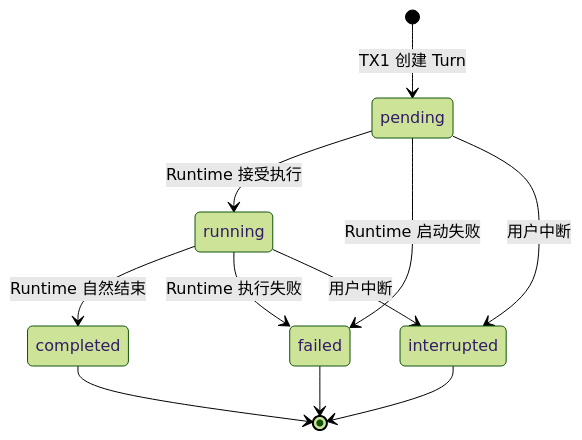
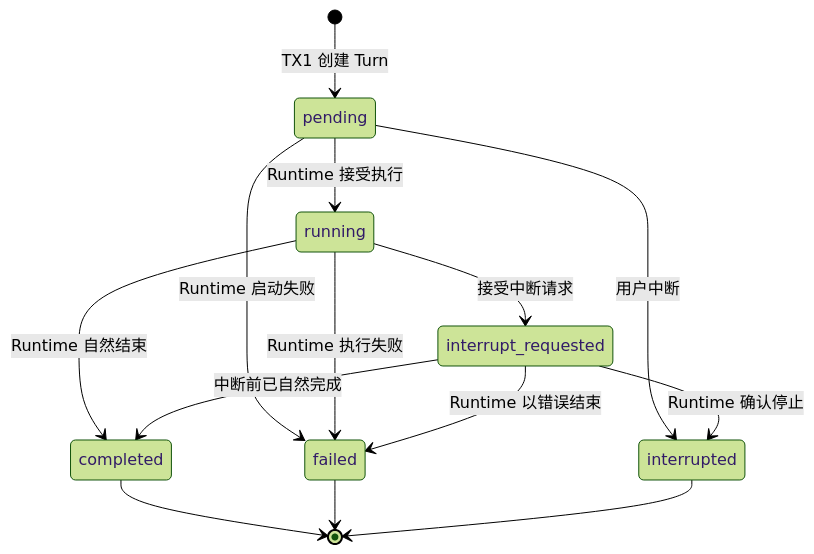
Before and after one commit to hotttao/media_agent: the second of 2 diagrams in docs/ddd/media_agent_gateway/workflow/0001-run_turn/run_turn.md, drawn with Mermaid (forest theme). The commit also changed other lines of this file and 3 other files, not shown here.

````diff
--- a/docs/ddd/media_agent_gateway/workflow/0001-run_turn/run_turn.md
+++ b/docs/ddd/media_agent_gateway/workflow/0001-run_turn/run_turn.md
@@ -117,13 +131,16 @@
 ```mermaid
 stateDiagram-v2
     [*] --> pending: TX1 创建 Turn
     pending --> running: Runtime 接受执行
     pending --> failed: Runtime 启动失败
     pending --> interrupted: 用户中断
     running --> completed: Runtime 自然结束
     running --> failed: Runtime 执行失败
-    running --> interrupted: 用户中断
+    running --> interrupt_requested: 接受中断请求
+    interrupt_requested --> interrupted: Runtime 确认停止
+    interrupt_requested --> completed: 中断前已自然完成
+    interrupt_requested --> failed: Runtime 以错误结束
     completed --> [*]
     failed --> [*]
     interrupted --> [*]
 ```
````
